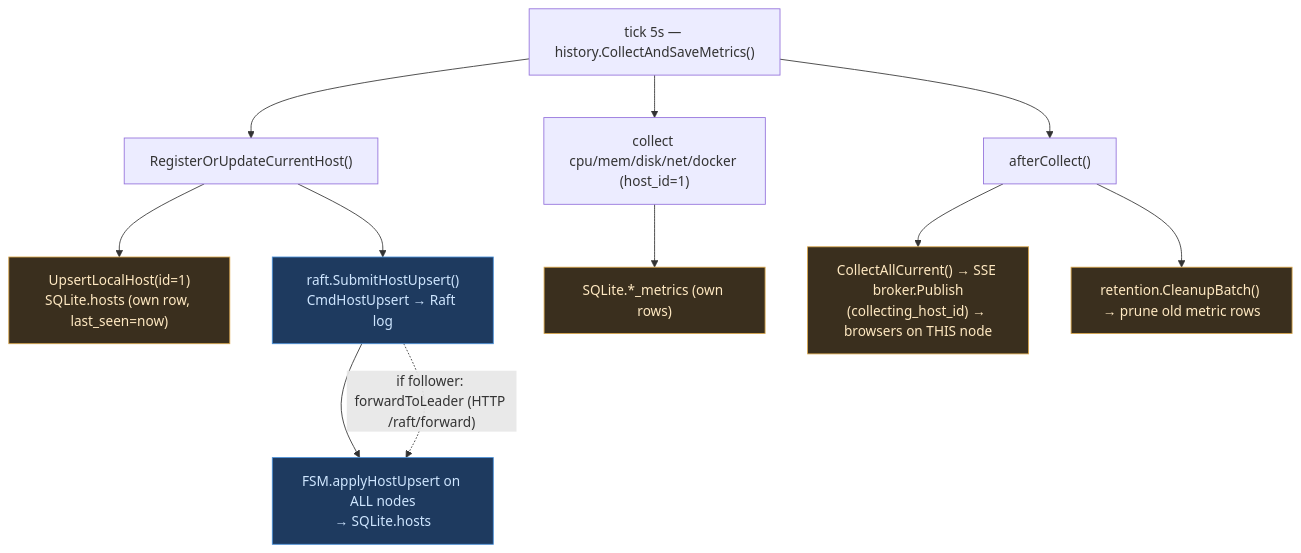
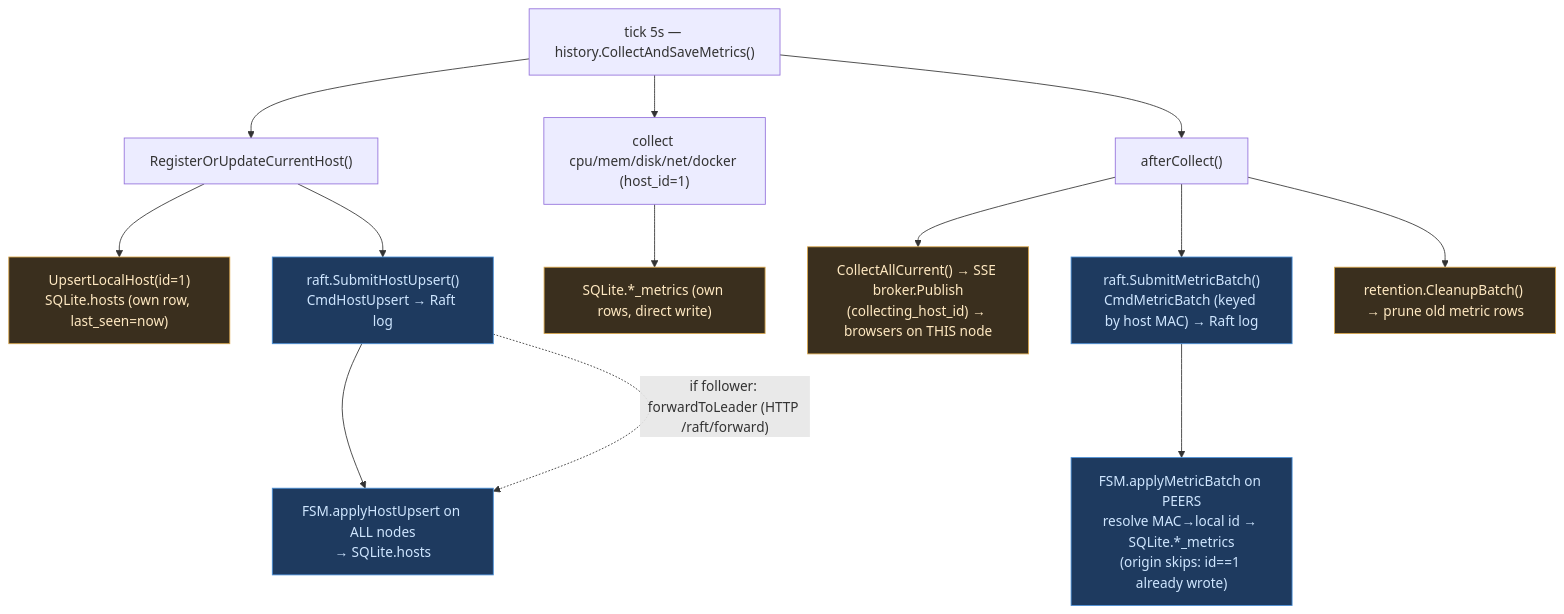
One commit to LastSkywalkerER/node-page changed the third of 5 diagrams in docs/CLUSTER.md. Above: the diagram before and after it, drawn with Mermaid. The commit also changed other lines of this file and 15 other files, not shown here.

````diff
--- a/docs/CLUSTER.md
+++ b/docs/CLUSTER.md
@@ -86,18 +94,20 @@
 ```mermaid
 flowchart TD
   T["tick 5s — history.CollectAndSaveMetrics()"] --> R["RegisterOrUpdateCurrentHost()"]
   R --> RL["UpsertLocalHost(id=1)<br/>SQLite.hosts (own row, last_seen=now)"]:::local
   R --> RR["raft.SubmitHostUpsert()<br/>CmdHostUpsert → Raft log"]:::repl
   RR --> RF["FSM.applyHostUpsert on ALL nodes<br/>→ SQLite.hosts"]:::repl
   RR -. "if follower: forwardToLeader (HTTP /raft/forward)" .-> RF
 
   T --> M["collect cpu/mem/disk/net/docker (host_id=1)"]
-  M --> ML["SQLite.*_metrics (own rows)"]:::local
+  M --> ML["SQLite.*_metrics (own rows, direct write)"]:::local
 
   T --> A["afterCollect()"]
   A --> SSE["CollectAllCurrent() → SSE broker.Publish<br/>(collecting_host_id) → browsers on THIS node"]:::local
+  A --> RB["raft.SubmitMetricBatch()<br/>CmdMetricBatch (keyed by host MAC) → Raft log"]:::repl
+  RB --> RBF["FSM.applyMetricBatch on PEERS<br/>resolve MAC→local id → SQLite.*_metrics<br/>(origin skips: id==1 already wrote)"]:::repl
   A --> RET["retention.CleanupBatch() → prune old metric rows"]:::local
 
   classDef repl fill:#1e3a5f,stroke:#4a90d9,color:#cfe6ff;
   classDef local fill:#3a2f1e,stroke:#d9a64a,color:#ffe9c2;
 ```
````
